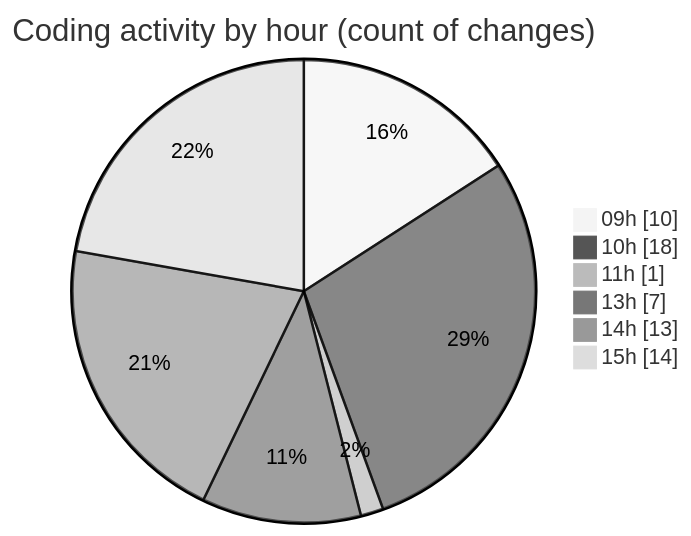
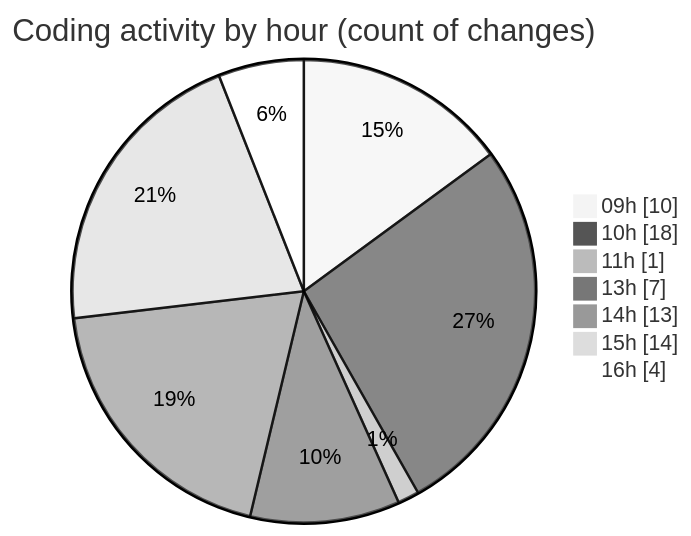
Before and after one commit to nxtqubesakshisongat/code-tracking: the second of 2 diagrams in 2026-04-06/airfeed-analytics-dashboard/README.md, drawn with Mermaid (neutral theme). The commit also changed other lines of this file and 1 other file, not shown here.

````diff
--- a/2026-04-06/airfeed-analytics-dashboard/README.md
+++ b/2026-04-06/airfeed-analytics-dashboard/README.md
@@ -46,10 +46,11 @@
 ```mermaid
 pie showData
 title Coding activity by hour (count of changes)
 "09h" : 10
 "10h" : 18
 "11h" : 1
 "13h" : 7
 "14h" : 13
 "15h" : 14
+"16h" : 4
 ```
````
